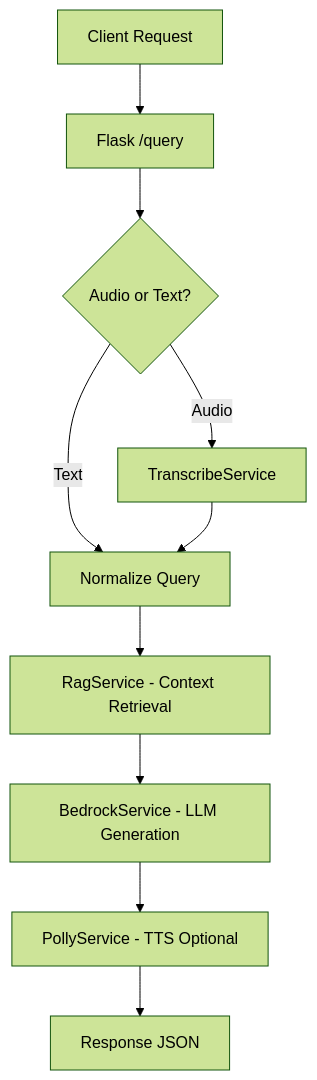
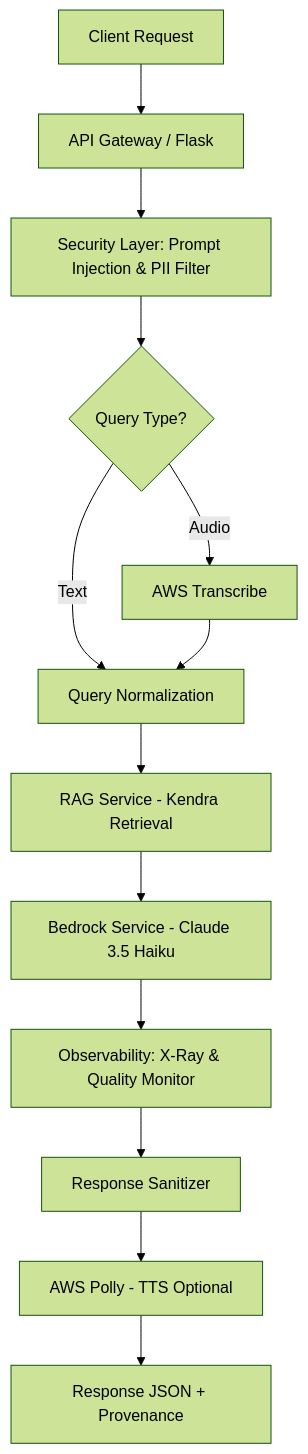
One commit to shalcoder/JanSathi changed the second of 3 diagrams in README.md. Above: the diagram before and after it, drawn with Mermaid (forest theme). The commit also changed other lines of this file and 30 other files, not shown here.

Commit message:
feat: production-grade security, observability, and citizen outreach modules (sanitized)

````diff
--- a/README.md
+++ b/README.md
@@ -125,12 +186,15 @@
 ```mermaid
 flowchart TD
-    A[Client Request] --> B[Flask /query]
-    B --> C{Audio or Text?}
-    C -->|Audio| D[TranscribeService]
-    C -->|Text| E[Normalize Query]
+    A[Client Request] --> B[API Gateway / Flask]
+    B --> SEC[Security Layer: Prompt Injection & PII Filter]
+    SEC --> C{Query Type?}
+    C -->|Audio| D[AWS Transcribe]
+    C -->|Text| E[Query Normalization]
     D --> E
-    E --> F[RagService - Context Retrieval]
-    F --> G[BedrockService - LLM Generation]
-    G --> H[PollyService - TTS Optional]
-    H --> I[Response JSON]
+    E --> F[RAG Service - Kendra Retrieval]
+    F --> G[Bedrock Service - Claude 3.5 Haiku]
+    G --> MON[Observability: X-Ray & Quality Monitor]
+    MON --> SAN[Response Sanitizer]
+    SAN --> H[AWS Polly - TTS Optional]
+    H --> I[Response JSON + Provenance]
 ```
````
